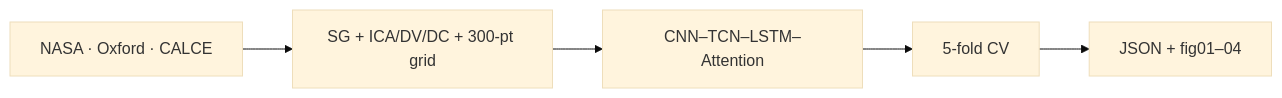
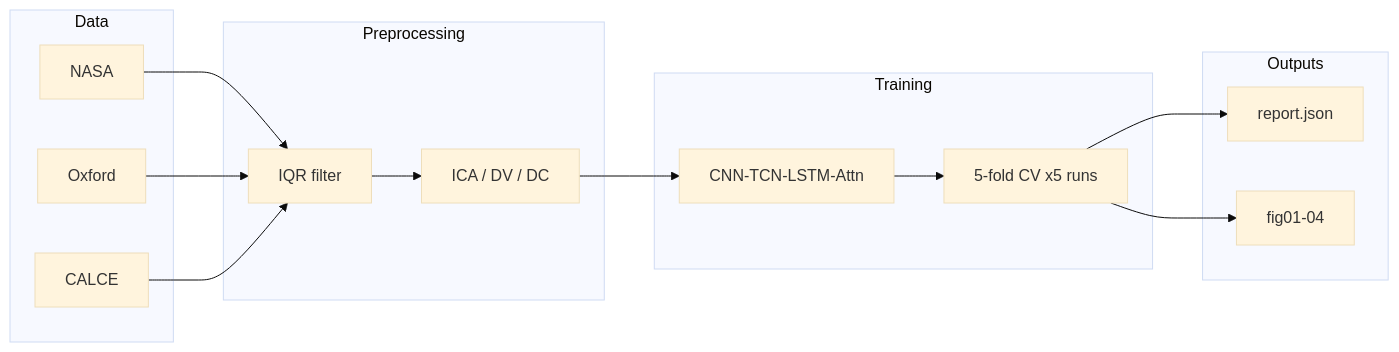
Before and after one commit to VamshiKrishnaBandari07/MSc-CAPSTONE-PROJECT-SOH-RUL-PREDICTION--: the diagram in README.md, drawn with Mermaid (base theme). The commit also changed other lines of this file and 24 other files, not shown here.

````diff
--- a/README.md
+++ b/README.md
@@ -53,7 +64,24 @@
 ```mermaid
 flowchart LR
-  A[NASA · Oxford · CALCE] --> B[SG + ICA/DV/DC + 300-pt grid]
-  B --> C[CNN–TCN–LSTM–Attention]
-  C --> D[5-fold CV]
-  D --> E[JSON + fig01–04]
+  subgraph data [Data]
+    N[NASA]
+    O[Oxford]
+    C[CALCE]
+  end
+  subgraph prep [Preprocessing]
+    IQR[IQR filter]
+    FEAT[ICA / DV / DC]
+  end
+  subgraph train [Training]
+    M[CNN-TCN-LSTM-Attn]
+    CV[5-fold CV x5 runs]
+  end
+  subgraph out [Outputs]
+    R[report.json]
+    F[fig01-04]
+  end
+  N --> IQR --> FEAT --> M --> CV --> R
+  O --> IQR
+  C --> IQR
+  CV --> F
 ```
````
